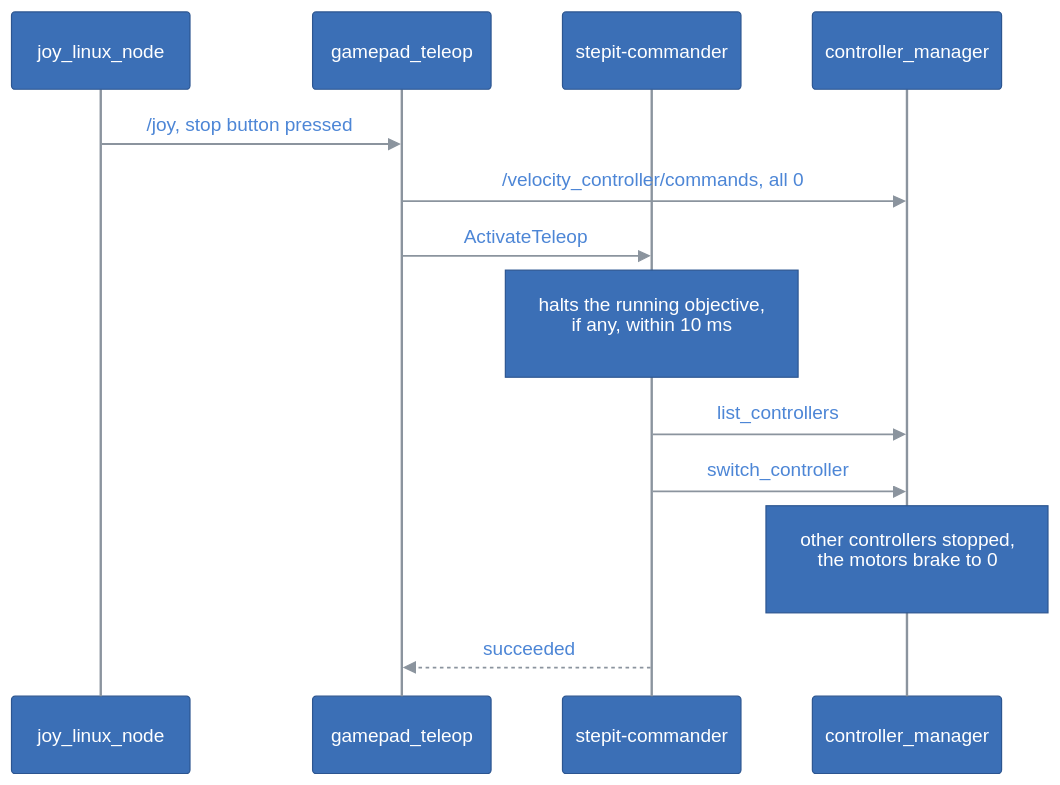
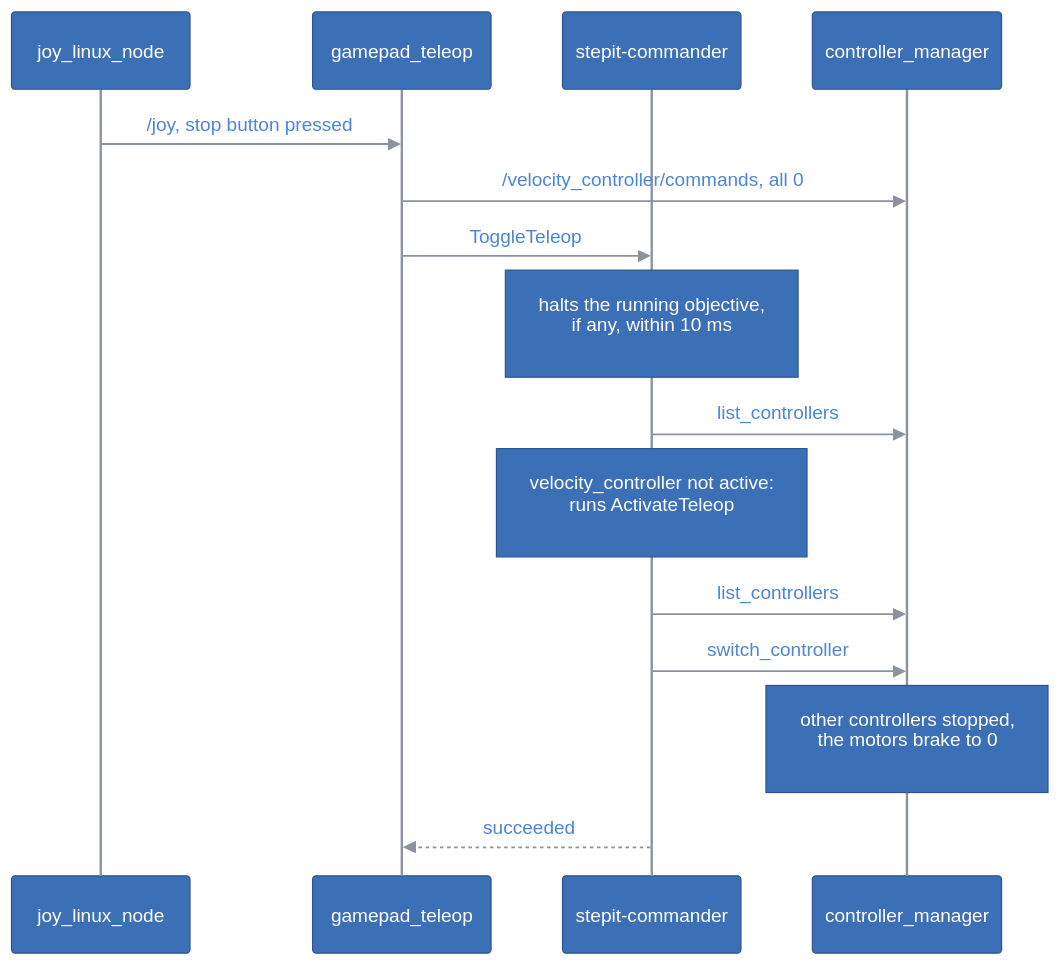
One commit to kineticsystem/stepit-macro changed the diagram in docs/Gamepad.md. Above: the diagram before and after it, drawn with Mermaid. The commit also changed other lines of this file and 15 other files, not shown here.

````diff
--- a/docs/Gamepad.md
+++ b/docs/Gamepad.md
@@ -80,70 +80,72 @@
 ```mermaid
 ---
 config:
   theme: base
   themeCSS: ".edgeLabel p { padding: 4px 10px; }"
   flowchart:
     padding: 20
     nodeSpacing: 40
     rankSpacing: 50
   class:
     padding: 16
   sequence:
     boxMargin: 12
     boxTextMargin: 8
     noteMargin: 28
     messageMargin: 40
     actorMargin: 60
     labelBoxWidth: 56
     labelBoxHeight: 28
   themeVariables:
     primaryColor: "#3b6fb6"
     primaryTextColor: "#ffffff"
     primaryBorderColor: "#2c5590"
     lineColor: "#8b949e"
     textColor: "#4d86d6"
     actorBkg: "#3b6fb6"
     actorBorder: "#2c5590"
     actorTextColor: "#ffffff"
     actorLineColor: "#8b949e"
     signalColor: "#8b949e"
     signalTextColor: "#4d86d6"
     noteBkgColor: "#3b6fb6"
     noteTextColor: "#ffffff"
     noteBorderColor: "#2c5590"
     secondaryColor: "#3b6fb6"
     tertiaryColor: "#3b6fb6"
     clusterBkg: "transparent"
     clusterBorder: "#8b949e"
     titleColor: "#4d86d6"
     edgeLabelBackground: "#3b6fb6"
     classText: "#ffffff"
     labelBoxBkgColor: "#3b6fb6"
     labelBoxBorderColor: "#2c5590"
     labelTextColor: "#ffffff"
     loopTextColor: "#4d86d6"
     mainBkg: "#3b6fb6"
     nodeBorder: "#2c5590"
     nodeTextColor: "#ffffff"
     secondaryBorderColor: "#2c5590"
     secondaryTextColor: "#ffffff"
     tertiaryBorderColor: "#2c5590"
     tertiaryTextColor: "#ffffff"
     errorBkgColor: "#3b6fb6"
     errorTextColor: "#ffffff"
 ---
 sequenceDiagram
     participant Joy as joy_linux_node
     participant Teleop as gamepad_teleop
     participant Commander as stepit-commander
     participant Manager as controller_manager
 
     Joy->>Teleop: /joy, stop button pressed
     Teleop->>Manager: /velocity_controller/commands, all 0
-    Teleop->>Commander: ActivateTeleop
+    Teleop->>Commander: ToggleTeleop
     Note over Commander: halts the running objective,<br/>if any, within 10 ms
+    Commander->>Manager: list_controllers
+    Note over Commander: velocity_controller not active:<br/>runs ActivateTeleop
     Commander->>Manager: list_controllers
     Commander->>Manager: switch_controller
     Note over Manager: other controllers stopped,<br/>the motors brake to 0
     Commander-->>Teleop: succeeded
 ```
````
